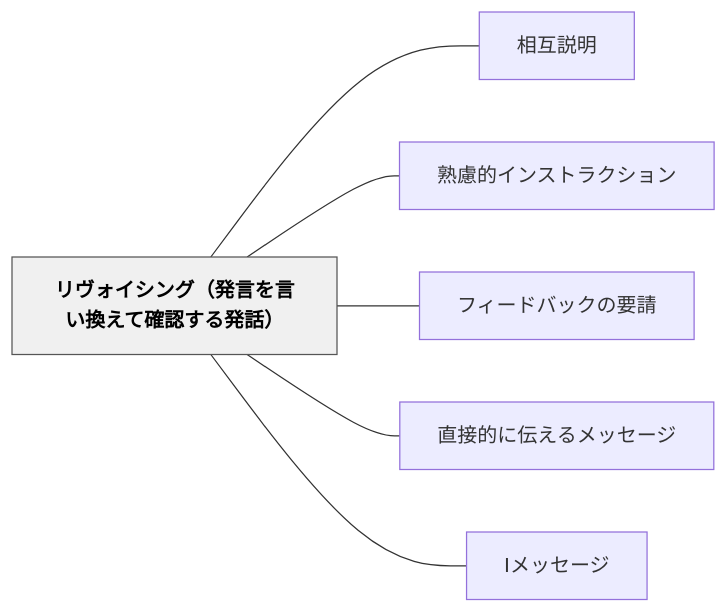
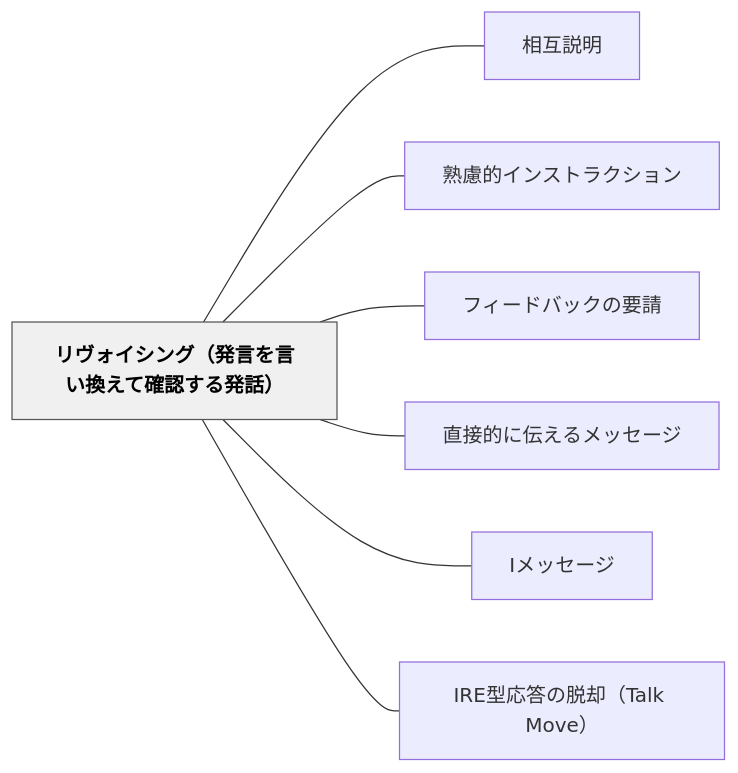
Before and after one commit to unknownthings-ed-patterns/unknownthings-ed-patterns: the diagram in content/パタン/リヴォイシング（発言を言い換えて確認する発話）.md, drawn with Mermaid. The commit also changed other lines of this file and 2 other files, not shown here.

Commit message:
auto: Obsidianから同期 2026-06-13 03:37

````diff
--- a/content/パタン/リヴォイシング（発言を言い換えて確認する発話）.md
+++ b/content/パタン/リヴォイシング（発言を言い換えて確認する発話）.md
@@ -37,18 +37,20 @@
 ```mermaid
 flowchart LR
     ne383aae383b4e382a9e382a4e382b7e383b3e382b0efbc88e799bae8a880e38292e8a880e38184e68f9be38188e381a6e7a2bae8aa8de38199e3828be799bae8a9b1efbc89["リヴォイシング（発言を言い換えて確認する発話）"]
     ne79bb8e4ba92e8aaace6988e["相互説明"]
     ne7869fe685aee79a84e382a4e383b3e382b9e38388e383a9e382afe382b7e383a7e383b3["熟慮的インストラクション"]
     ne38395e382a3e383bce38389e38390e38383e382afe381aee8a681e8ab8b["フィードバックの要請"]
     ne79bb4e68ea5e79a84e381abe4bc9de38188e3828be383a1e38383e382bbe383bce382b8["直接的に伝えるメッセージ"]
     n49e383a1e38383e382bbe383bce382b8["Iメッセージ"]
+    n495245e59e8be5bf9ce7ad94e381aee884b1e58db4efbc8854616c6b204d6f7665efbc89["IRE型応答の脱却（Talk Move）"]
 
     ne383aae383b4e382a9e382a4e382b7e383b3e382b0efbc88e799bae8a880e38292e8a880e38184e68f9be38188e381a6e7a2bae8aa8de38199e3828be799bae8a9b1efbc89 --- ne79bb8e4ba92e8aaace6988e
     ne383aae383b4e382a9e382a4e382b7e383b3e382b0efbc88e799bae8a880e38292e8a880e38184e68f9be38188e381a6e7a2bae8aa8de38199e3828be799bae8a9b1efbc89 --- ne7869fe685aee79a84e382a4e383b3e382b9e38388e383a9e382afe382b7e383a7e383b3
     ne383aae383b4e382a9e382a4e382b7e383b3e382b0efbc88e799bae8a880e38292e8a880e38184e68f9be38188e381a6e7a2bae8aa8de38199e3828be799bae8a9b1efbc89 --- ne38395e382a3e383bce38389e38390e38383e382afe381aee8a681e8ab8b
     ne383aae383b4e382a9e382a4e382b7e383b3e382b0efbc88e799bae8a880e38292e8a880e38184e68f9be38188e381a6e7a2bae8aa8de38199e3828be799bae8a9b1efbc89 --- ne79bb4e68ea5e79a84e381abe4bc9de38188e3828be383a1e38383e382bbe383bce382b8
     ne383aae383b4e382a9e382a4e382b7e383b3e382b0efbc88e799bae8a880e38292e8a880e38184e68f9be38188e381a6e7a2bae8aa8de38199e3828be799bae8a9b1efbc89 --- n49e383a1e38383e382bbe383bce382b8
+    ne383aae383b4e382a9e382a4e382b7e383b3e382b0efbc88e799bae8a880e38292e8a880e38184e68f9be38188e381a6e7a2bae8aa8de38199e3828be799bae8a9b1efbc89 --- n495245e59e8be5bf9ce7ad94e381aee884b1e58db4efbc8854616c6b204d6f7665efbc89
 
     classDef hub fill:#f0f0f0,stroke:#555,color:#000,font-weight:bold
     class ne383aae383b4e382a9e382a4e382b7e383b3e382b0efbc88e799bae8a880e38292e8a880e38184e68f9be38188e381a6e7a2bae8aa8de38199e3828be799bae8a9b1efbc89 hub
 ```
````
